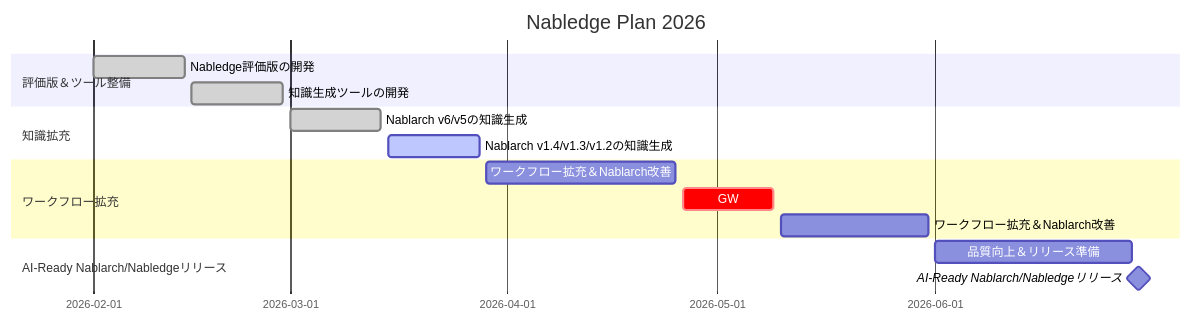
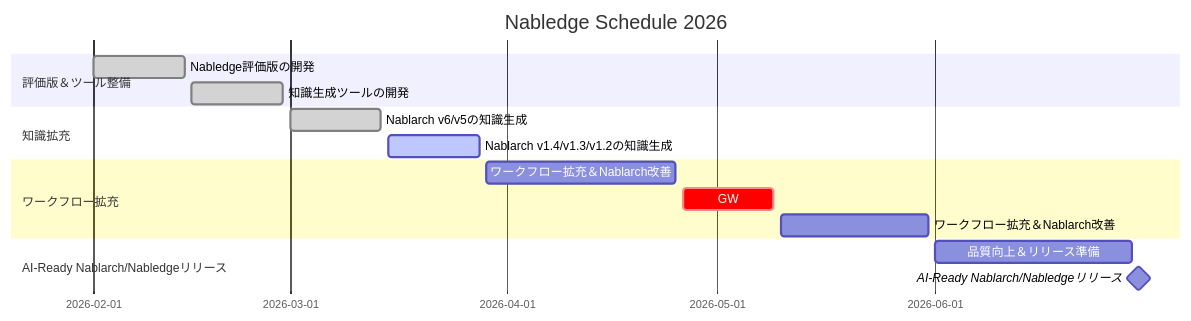
The diagram in docs/development-status.md (nablarch/nabledge-dev), drawn with Mermaid before and after one commit. The commit also changed other lines of this file, not shown here.

Commit message:
docs: rename Plan to Schedule, fix legend colors

````diff
--- a/docs/development-status.md
+++ b/docs/development-status.md
@@ -19,22 +19,22 @@
 ```mermaid
 gantt
-    title Nabledge Plan 2026
+    title Nabledge Schedule 2026
     dateFormat YYYY-MM-DD
 
     section 評価版＆ツール整備
     Nabledge評価版の開発             :done, 2026-02-01, 2026-02-14
     知識生成ツールの開発             :done, 2026-02-15, 2026-02-28
 
     section 知識拡充
     Nablarch v6/v5の知識生成        :done, 2026-03-01, 2026-03-14
     Nablarch v1.4/v1.3/v1.2の知識生成 :active, 2026-03-15, 2026-03-28
 
     section ワークフロー拡充
     ワークフロー拡充＆Nablarch改善    :2026-03-29, 2026-04-25
     GW                             :crit, 2026-04-26, 2026-05-09
     ワークフロー拡充＆Nablarch改善    :2026-05-10, 2026-05-31
 
     section AI-Ready Nablarch/Nabledgeリリース
     品質向上＆リリース準備                        :2026-06-01, 2026-06-29
     AI-Ready Nablarch/Nabledgeリリース          :milestone, 2026-06-30, 0d
 ```
````
